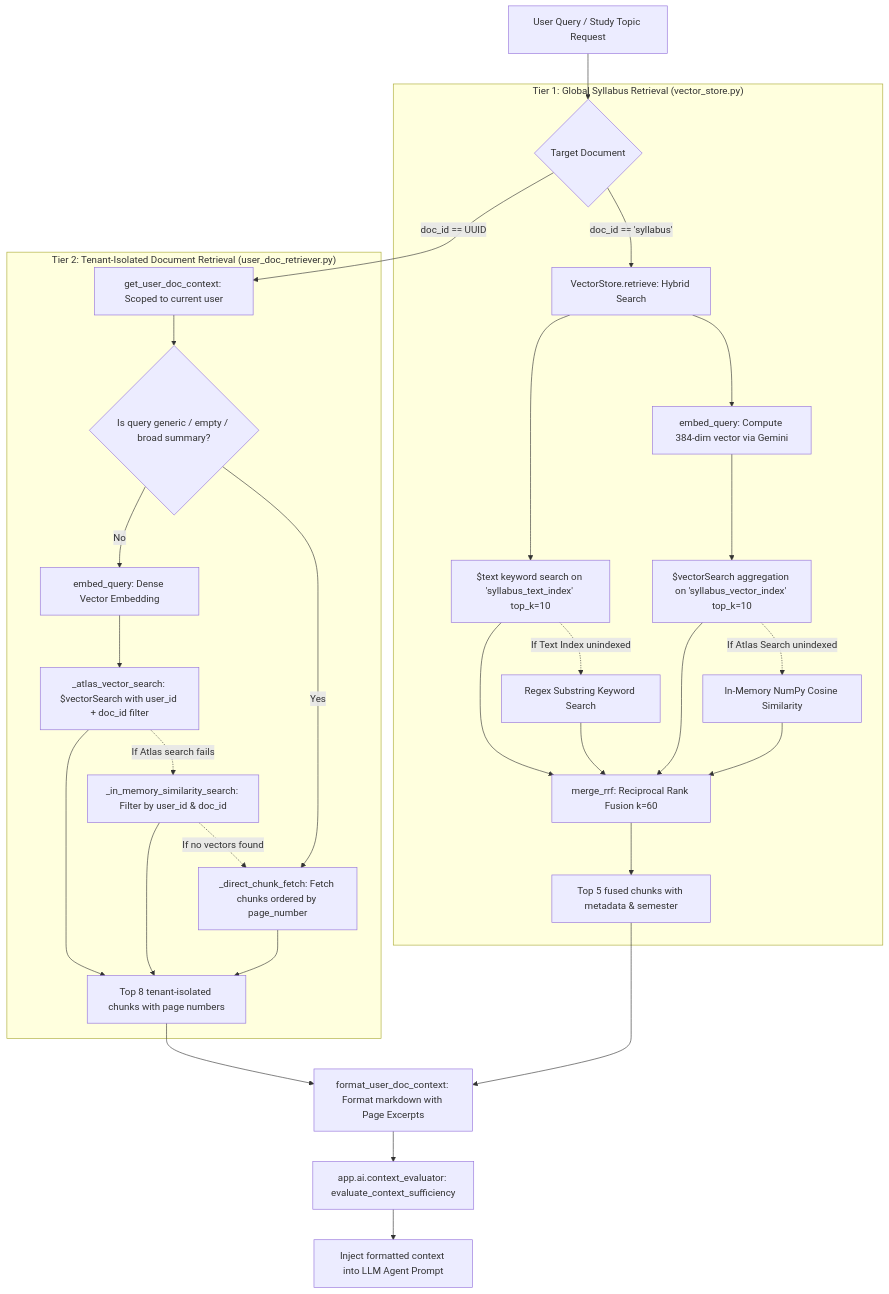
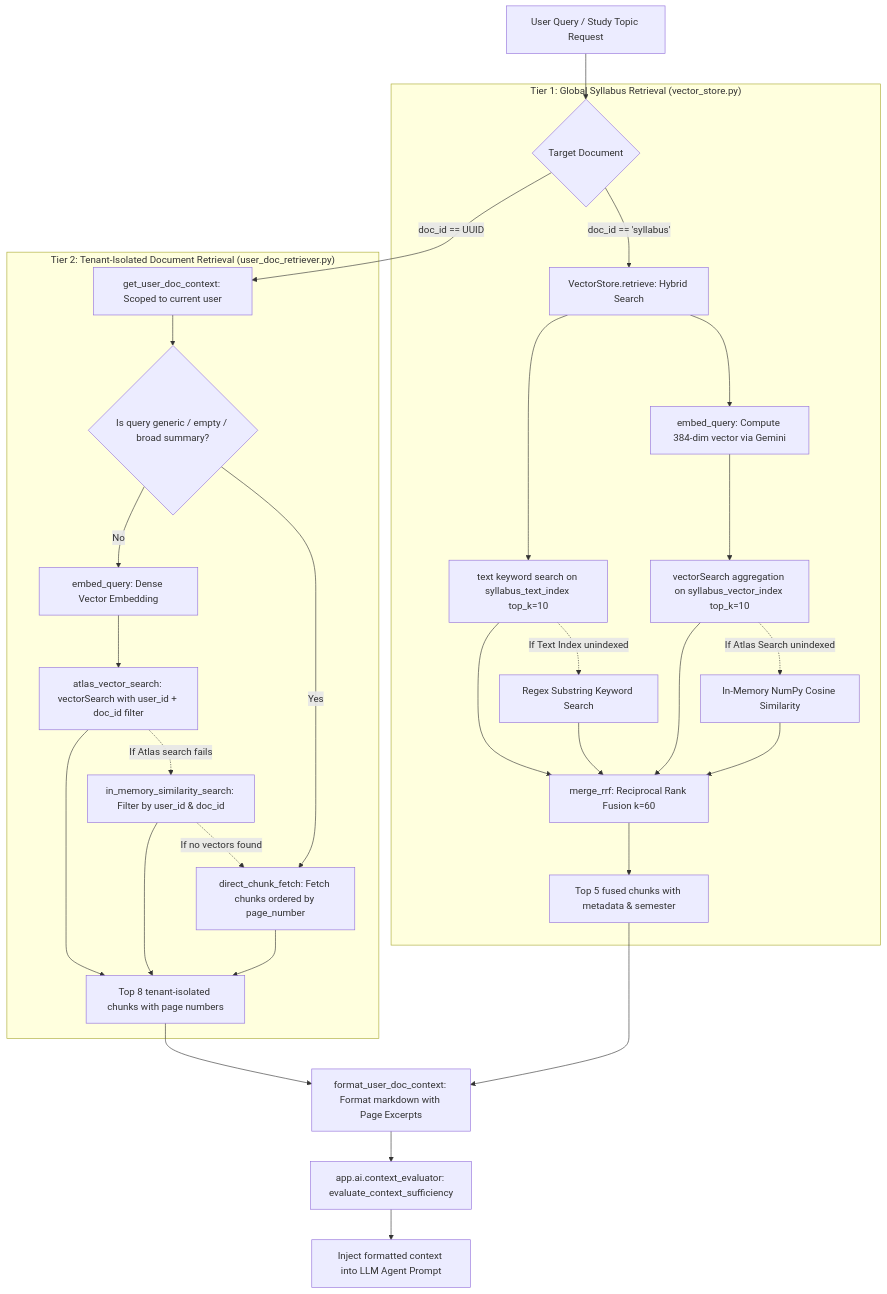
Before and after one commit to priyadharshiniannadurai413-dev/study_guide_generator: the fourth of 9 diagrams in docs/workflow.md, drawn with Mermaid. The commit also changed other lines of this file and 1 other file, not shown here.

Commit message:
docs: add system workflow and architecture documentation

````diff
--- a/docs/workflow.md
+++ b/docs/workflow.md
@@ -203,36 +211,42 @@
 ```mermaid
 flowchart TD
-    UserQuery[User Query / Study Topic Request] --> TargetCheck{Target Document}
+    UserQuery["User Query / Study Topic Request"] --> TargetCheck{"Target Document"}
 
     subgraph Tier1Syllabus ["Tier 1: Global Syllabus Retrieval (vector_store.py)"]
-        TargetCheck -- "doc_id == 'syllabus'" --> HybridSearch[VectorStore.retrieve: Hybrid Search]
-        HybridSearch --> QEmbed1[embed_query: Compute 384-dim vector via Gemini]
+        TargetCheck -- "doc_id == 'syllabus'" --> HybridSearch["VectorStore.retrieve: Hybrid Search"]
+        HybridSearch --> QEmbed1["embed_query: Compute 384-dim vector via Gemini"]
         
-        QEmbed1 --> AtlasVecSearch[$vectorSearch aggregation on 'syllabus_vector_index' top_k=10]
-        HybridSearch --> MongoTextSearch[$text keyword search on 'syllabus_text_index' top_k=10]
+        QEmbed1 --> AtlasVecSearch["vectorSearch aggregation on syllabus_vector_index top_k=10"]
+        HybridSearch --> MongoTextSearch["text keyword search on syllabus_text_index top_k=10"]
         
-        AtlasVecSearch -.->|If Atlas Search unindexed| InMemCosine1[In-Memory NumPy Cosine Similarity]
-        MongoTextSearch -.->|If Text Index unindexed| RegexSearch[Regex Substring Keyword Search]
+        AtlasVecSearch -.->|If Atlas Search unindexed| InMemCosine1["In-Memory NumPy Cosine Similarity"]
+        MongoTextSearch -.->|If Text Index unindexed| RegexSearch["Regex Substring Keyword Search"]
         
-        AtlasVecSearch & InMemCosine1 & MongoTextSearch & RegexSearch --> RRF[merge_rrf: Reciprocal Rank Fusion k=60]
-        RRF --> Tier1Ranked[Top 5 fused chunks with metadata & semester]
+        AtlasVecSearch --> RRF["merge_rrf: Reciprocal Rank Fusion k=60"]
+        InMemCosine1 --> RRF
+        MongoTextSearch --> RRF
+        RegexSearch --> RRF
+        RRF --> Tier1Ranked["Top 5 fused chunks with metadata & semester"]
     end
 
     subgraph Tier2UserDoc ["Tier 2: Tenant-Isolated Document Retrieval (user_doc_retriever.py)"]
-        TargetCheck -- "doc_id == UUID" --> UserDocRetriever[get_user_doc_context: Scoped to current user]
-        UserDocRetriever --> GenericQueryCheck{Is query generic / empty / broad summary?}
+        TargetCheck -- "doc_id == UUID" --> UserDocRetriever["get_user_doc_context: Scoped to current user"]
+        UserDocRetriever --> GenericQueryCheck{"Is query generic / empty / broad summary?"}
         
-        GenericQueryCheck -- Yes --> DirectSequential[_direct_chunk_fetch: Fetch chunks ordered by page_number]
-        GenericQueryCheck -- No --> QEmbed2[embed_query: Dense Vector Embedding]
+        GenericQueryCheck -- "Yes" --> DirectSequential["direct_chunk_fetch: Fetch chunks ordered by page_number"]
+        GenericQueryCheck -- "No" --> QEmbed2["embed_query: Dense Vector Embedding"]
         
-        QEmbed2 --> UserAtlasVec[_atlas_vector_search: $vectorSearch with user_id + doc_id filter]
-        UserAtlasVec -.->|If Atlas search fails| UserInMemCosine[_in_memory_similarity_search: Filter by user_id & doc_id]
+        QEmbed2 --> UserAtlasVec["atlas_vector_search: vectorSearch with user_id + doc_id filter"]
+        UserAtlasVec -.->|If Atlas search fails| UserInMemCosine["in_memory_similarity_search: Filter by user_id & doc_id"]
         UserInMemCosine -.->|If no vectors found| DirectSequential
         
-        UserAtlasVec & UserInMemCosine & DirectSequential --> Tier2Ranked[Top 8 tenant-isolated chunks with page numbers]
+        UserAtlasVec --> Tier2Ranked["Top 8 tenant-isolated chunks with page numbers"]
+        UserInMemCosine --> Tier2Ranked
+        DirectSequential --> Tier2Ranked
     end
 
-    Tier1Ranked & Tier2Ranked --> FormatContext[format_user_doc_context: Format markdown with Page Excerpts]
-    FormatContext --> SufficiencyEval[app.ai.context_evaluator: evaluate_context_sufficiency]
-    SufficiencyEval --> FinalPrompt[Inject formatted context into LLM Agent Prompt]
+    Tier1Ranked --> FormatContext["format_user_doc_context: Format markdown with Page Excerpts"]
+    Tier2Ranked --> FormatContext
+    FormatContext --> SufficiencyEval["app.ai.context_evaluator: evaluate_context_sufficiency"]
+    SufficiencyEval --> FinalPrompt["Inject formatted context into LLM Agent Prompt"]
 ```
````
